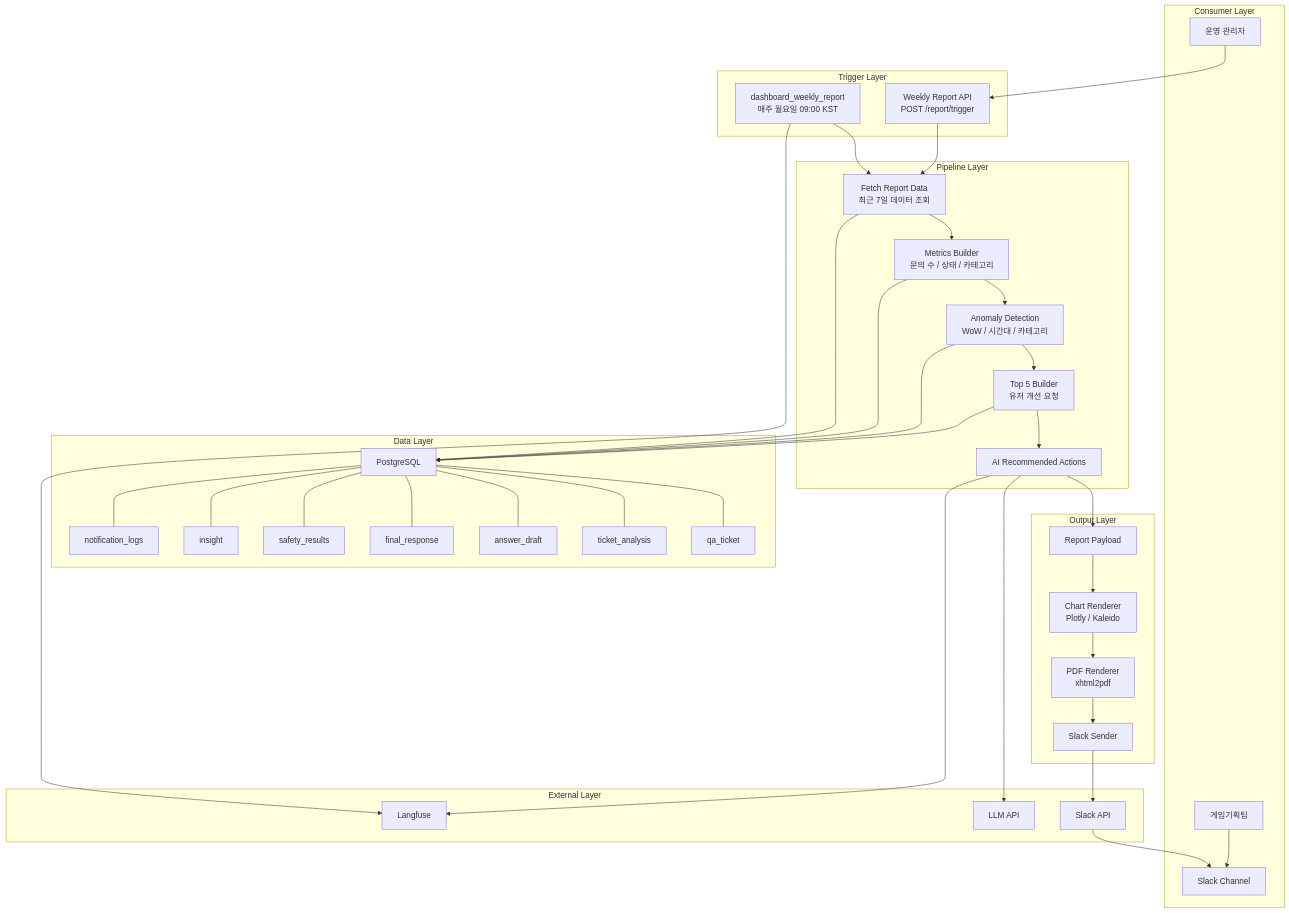
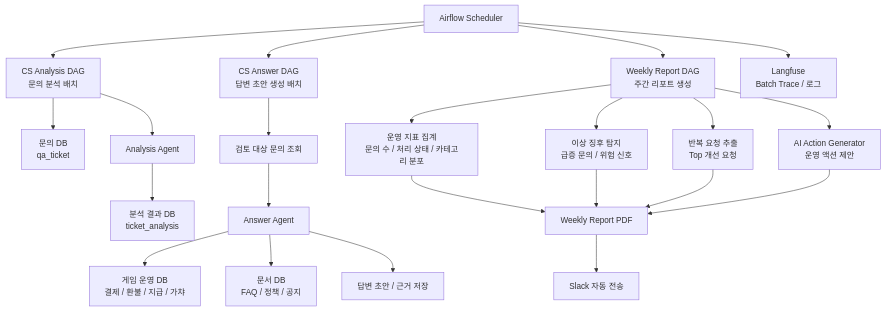
The third of 3 diagrams in README.md (SKNETWORKS-FAMILY-AICAMP/SKN25-FINAL-6Team), drawn with Mermaid before and after one commit. The commit also changed other lines of this file, not shown here.

````diff
--- a/README.md
+++ b/README.md
@@ -419,77 +306,29 @@
 ```mermaid
-flowchart TB
-    subgraph Consumer["Consumer Layer"]
-        Planner["게임기획팀"]
-        Operator["운영 관리자"]
-        Slack["Slack Channel"]
-    end
+flowchart TD
+    Scheduler["Airflow Scheduler"] --> AnalysisDAG["CS Analysis DAG<br/>문의 분석 배치"]
+    Scheduler --> AnswerDAG["CS Answer DAG<br/>답변 초안 생성 배치"]
+    Scheduler --> ReportDAG["Weekly Report DAG<br/>주간 리포트 생성"]
 
-    subgraph Trigger["Trigger Layer"]
-        WeeklyDAG["dashboard_weekly_report<br/>매주 월요일 09:00 KST"]
-        ManualAPI["Weekly Report API<br/>POST /report/trigger"]
-    end
+    AnalysisDAG --> TicketDB["문의 DB<br/>qa_ticket"]
+    AnalysisDAG --> AnalysisAgent["Analysis Agent"]
+    AnalysisAgent --> AnalysisDB["분석 결과 DB<br/>ticket_analysis"]
 
-    subgraph Pipeline["Pipeline Layer"]
-        Fetch["Fetch Report Data<br/>최근 7일 데이터 조회"]
-        Metrics["Metrics Builder<br/>문의 수 / 상태 / 카테고리"]
-        Anomaly["Anomaly Detection<br/>WoW / 시간대 / 카테고리"]
-        Top5["Top 5 Builder<br/>유저 개선 요청"]
-        AIAction["AI Recommended Actions"]
-    end
+    AnswerDAG --> PendingTickets["검토 대상 문의 조회"]
+    PendingTickets --> AnswerAgent["Answer Agent"]
+    AnswerAgent --> GameDB["게임 운영 DB<br/>결제 / 환불 / 지급 / 가챠"]
+    AnswerAgent --> Docs["문서 DB<br/>FAQ / 정책 / 공지"]
+    AnswerAgent --> DraftDB["답변 초안 / 근거 저장"]
 
-    subgraph Output["Output Layer"]
-        Payload["Report Payload"]
-        Chart["Chart Renderer<br/>Plotly / Kaleido"]
-        PDF["PDF Renderer<br/>xhtml2pdf"]
-        SlackSender["Slack Sender"]
-    end
+    ReportDAG --> Metrics["운영 지표 집계<br/>문의 수 / 처리 상태 / 카테고리 분포"]
+    ReportDAG --> Spike["이상 징후 탐지<br/>급증 문의 / 위험 신호"]
+    ReportDAG --> TopRequests["반복 요청 추출<br/>Top 개선 요청"]
+    ReportDAG --> AIAction["AI Action Generator<br/>운영 액션 제안"]
 
-    subgraph Data["Data Layer"]
-        DB["PostgreSQL"]
-        Ticket["qa_ticket"]
-        Analysis["ticket_analysis"]
-        Draft["answer_draft"]
-        Final["final_response"]
-        Safety["safety_results"]
-        Insight["insight"]
-        Notification["notification_logs"]
-    end
+    Metrics --> Report["Weekly Report PDF"]
+    Spike --> Report
+    TopRequests --> Report
+    AIAction --> Report
 
-    subgraph External["External Layer"]
-        LLM["LLM API"]
-        Langfuse["Langfuse"]
-        SlackAPI["Slack API"]
-    end
-
-    Planner --> Slack
-    Operator --> ManualAPI
-    WeeklyDAG --> Fetch
-    ManualAPI --> Fetch
-
-    Fetch --> Metrics
-    Metrics --> Anomaly
-    Anomaly --> Top5
-    Top5 --> AIAction
-    AIAction --> Payload
-    Payload --> Chart
-    Chart --> PDF
-    PDF --> SlackSender
-    SlackSender --> SlackAPI
-    SlackAPI --> Slack
-
-    Fetch --> DB
-    Metrics --> DB
-    Anomaly --> DB
-    Top5 --> DB
-    AIAction --> LLM
-    WeeklyDAG --> Langfuse
-    AIAction --> Langfuse
-
-    DB --- Ticket
-    DB --- Analysis
-    DB --- Draft
-    DB --- Final
-    DB --- Safety
-    DB --- Insight
-    DB --- Notification
+    Report --> Slack["Slack 자동 전송"]
+    Scheduler --> Obs["Langfuse<br/>Batch Trace / 로그"]
 ```
````
